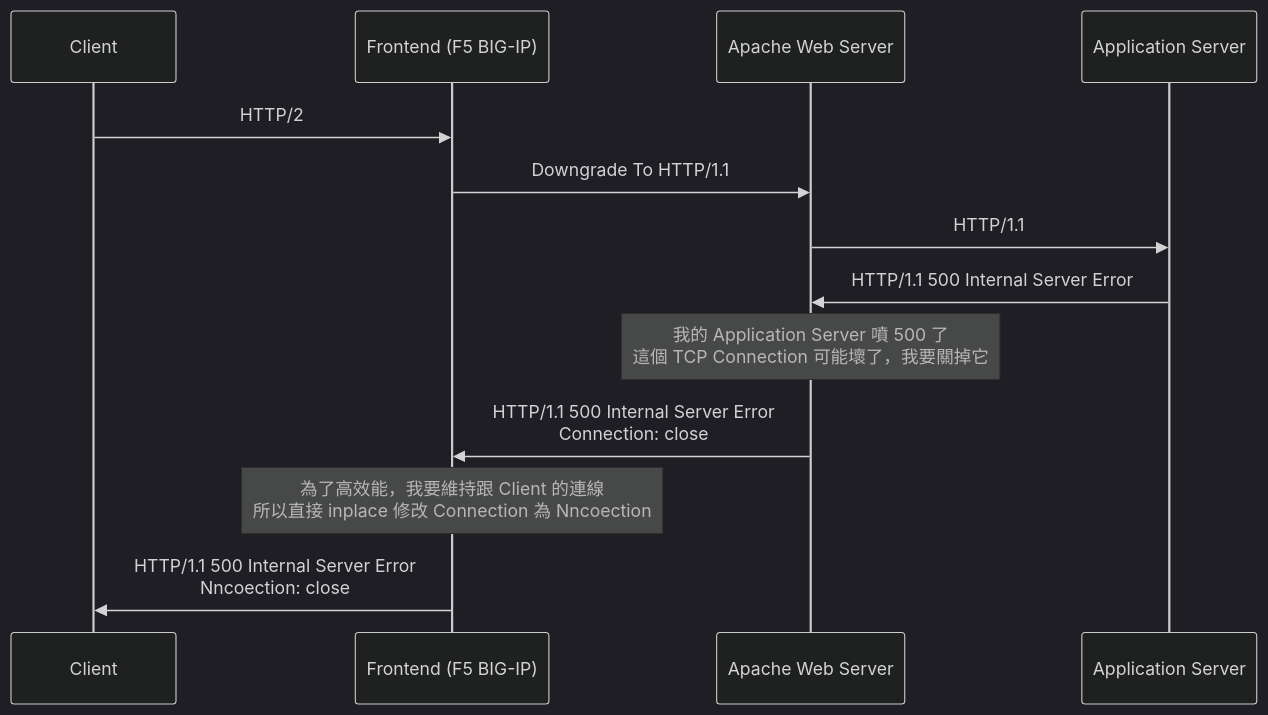
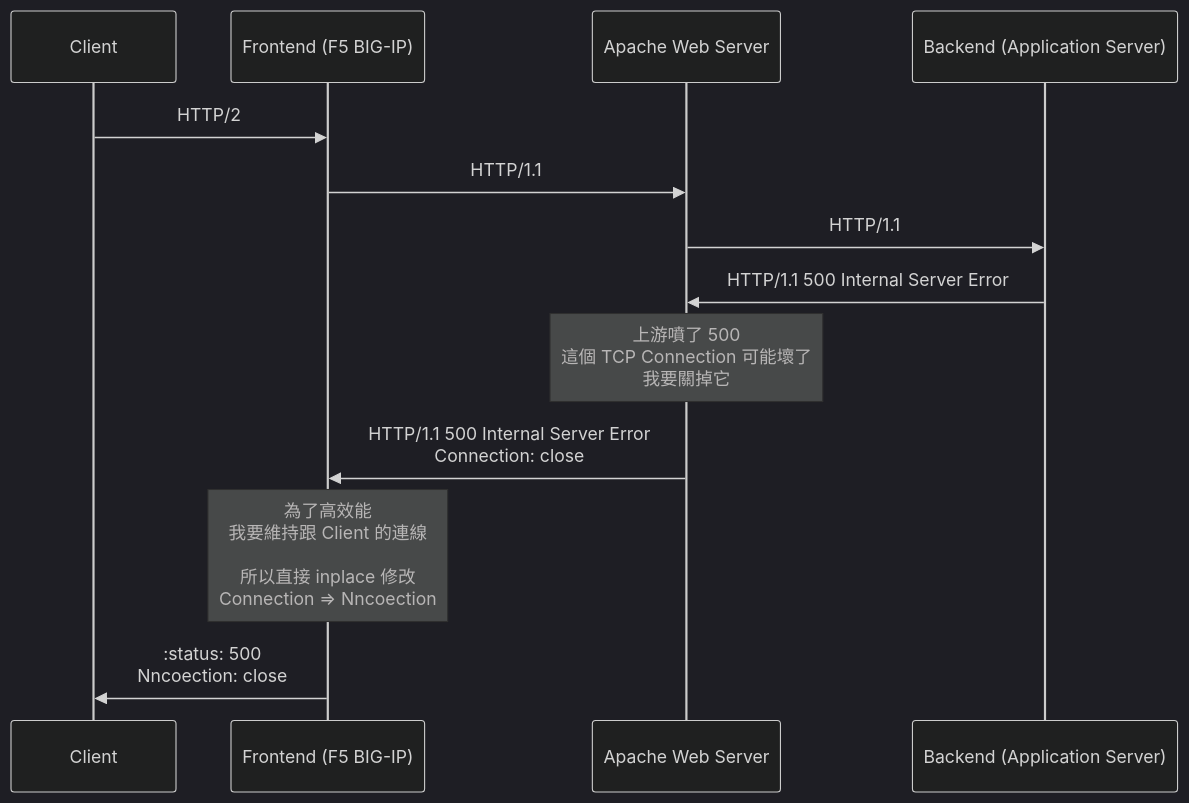
One commit to samuel871211/yusheng-tech-blog changed the third of 3 diagrams in docs/http/nncoection-or-connection.md. Above: the diagram before and after it, drawn with Mermaid (dark theme). The commit also changed other lines of this file and 1 other file, not shown here.

Commit message:
Nncoection or Connection

````diff
--- a/docs/http/nncoection-or-connection.md
+++ b/docs/http/nncoection-or-connection.md
@@ -86,17 +93,17 @@
 ```mermaid
 sequenceDiagram
-  participant Client
-  participant Frontend (F5 BIG-IP)
-  participant Apache Web Server
-  participant Application Server
+  participant c as Client
+  participant f as Frontend (F5 BIG-IP)
+  participant w as Apache Web Server
+  participant b as Backend (Application Server)
 
-  Client ->> Frontend (F5 BIG-IP): HTTP/2
-  Frontend (F5 BIG-IP) ->> Apache Web Server: Downgrade To HTTP/1.1
-  Apache Web Server ->> Application Server: HTTP/1.1
+  c ->> f: HTTP/2
+  f ->> w: HTTP/1.1
+  w ->> b: HTTP/1.1
 
-  Application Server ->> Apache Web Server: HTTP/1.1 500 Internal Server Error
-  Note Over Apache Web Server: 我的 Application Server 噴 500 了<br/>這個 TCP Connection 可能壞了，我要關掉它
-  Apache Web Server ->> Frontend (F5 BIG-IP): HTTP/1.1 500 Internal Server Error<br/>Connection: close
-  Note Over Frontend (F5 BIG-IP): 為了高效能，我要維持跟 Client 的連線<br/>所以直接 inplace 修改 Connection 為 Nncoection
-  Frontend (F5 BIG-IP) ->> Client: HTTP/1.1 500 Internal Server Error<br/>Nncoection: close
+  b ->> w: HTTP/1.1 500 Internal Server Error
+  Note Over w: 上游噴了 500<br/>這個 TCP Connection 可能壞了<br/>我要關掉它
+  w ->> f: HTTP/1.1 500 Internal Server Error<br/>Connection: close
+  Note Over f: 為了高效能<br/>我要維持跟 Client 的連線<br/><br/>所以直接 inplace 修改<br/>Connection => Nncoection
+  f ->> c: :status: 500<br/>Nncoection: close
 ```
````
